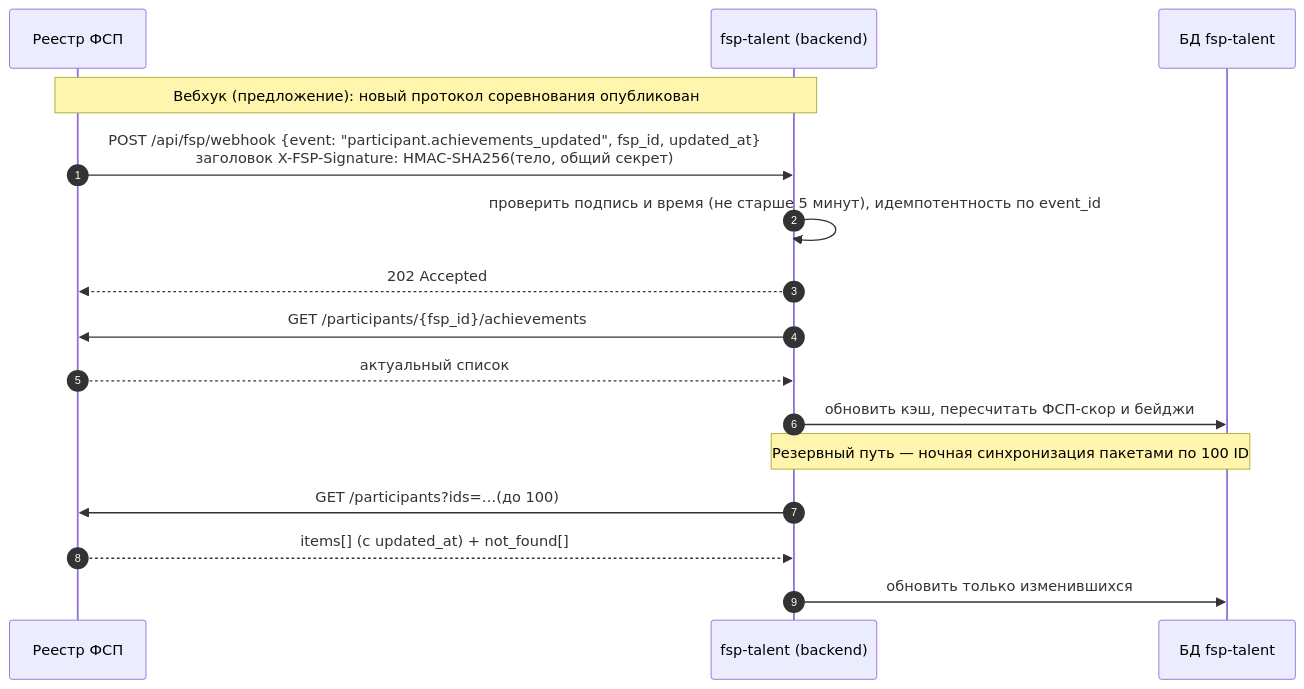
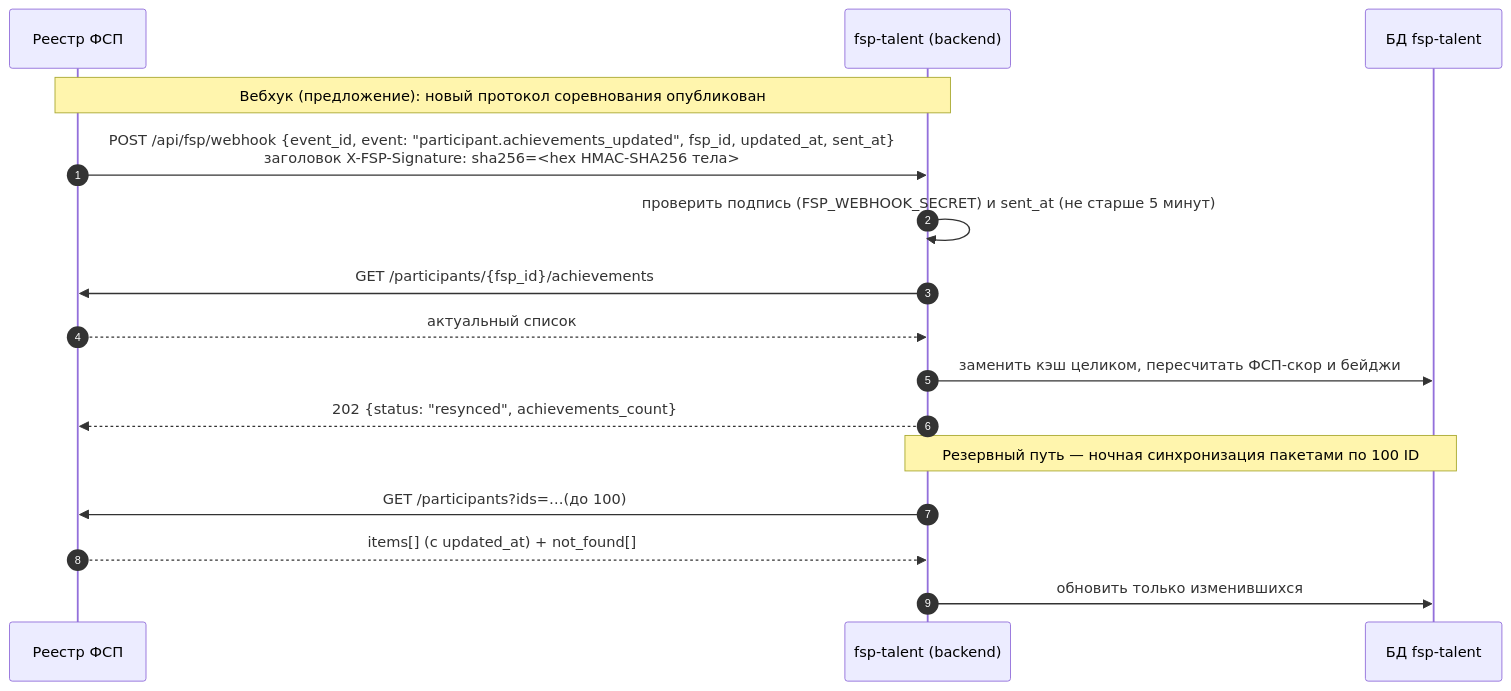
The second of 2 diagrams in docs/integration/fsp.md (Vadik145-beep/fsp-talent), drawn with Mermaid before and after one commit. The commit also changed other lines of this file and 19 other files, not shown here.

Commit message:
Документация: итоговые цифры валидации, отклики, задания и свежесть, жалобы и блокировка, ATS, cron; fsp.md, .env.example, platform_settings 0.30/20; таблицы API и библиотек

````diff
--- a/docs/integration/fsp.md
+++ b/docs/integration/fsp.md
@@ -145,20 +149,20 @@
 ```mermaid
 sequenceDiagram
     autonumber
     participant R as Реестр ФСП
     participant B as fsp-talent (backend)
     participant DB as БД fsp-talent
 
     Note over R,B: Вебхук (предложение): новый протокол соревнования опубликован
-    R->>B: POST /api/fsp/webhook {event: "participant.achievements_updated", fsp_id, updated_at}<br/>заголовок X-FSP-Signature: HMAC-SHA256(тело, общий секрет)
-    B->>B: проверить подпись и время (не старше 5 минут), идемпотентность по event_id
-    B-->>R: 202 Accepted
+    R->>B: POST /api/fsp/webhook {event_id, event: "participant.achievements_updated", fsp_id, updated_at, sent_at}<br/>заголовок X-FSP-Signature: sha256=<hex HMAC-SHA256 тела>
+    B->>B: проверить подпись (FSP_WEBHOOK_SECRET) и sent_at (не старше 5 минут)
     B->>R: GET /participants/{fsp_id}/achievements
     R-->>B: актуальный список
-    B->>DB: обновить кэш, пересчитать ФСП-скор и бейджи
+    B->>DB: заменить кэш целиком, пересчитать ФСП-скор и бейджи
+    B-->>R: 202 {status: "resynced", achievements_count}
 
     Note over B,DB: Резервный путь — ночная синхронизация пакетами по 100 ID
     B->>R: GET /participants?ids=…(до 100)
     R-->>B: items[] (с updated_at) + not_found[]
     B->>DB: обновить только изменившихся
 ```
````
